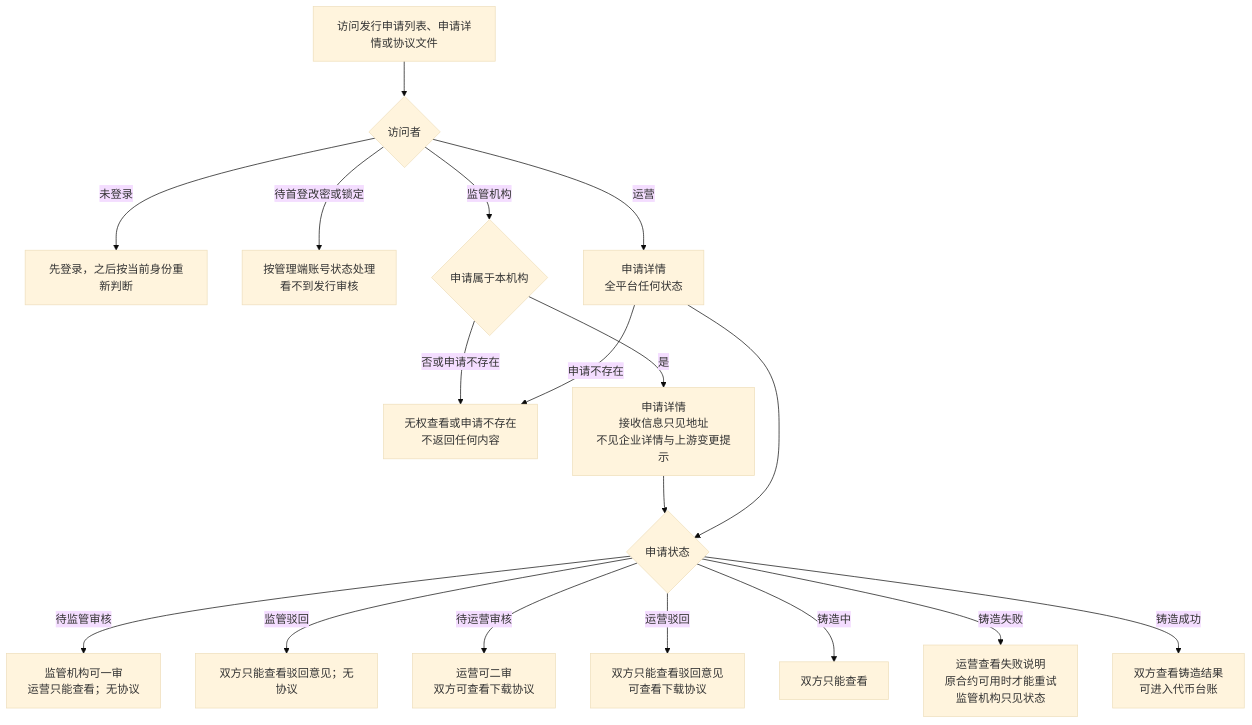
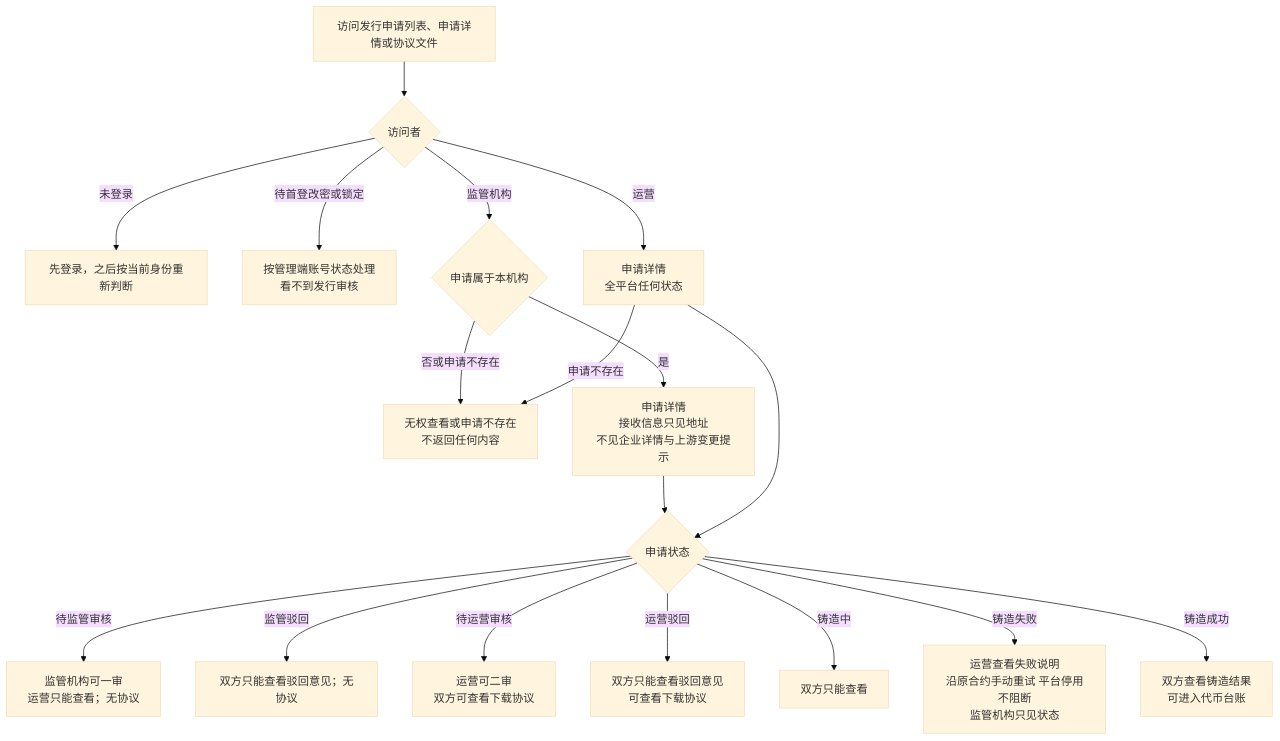
The fourth of 4 diagrams in token-issuance-platform/PRD/v1.0-代币发行-审核与铸造-流程图与状态机.md (wxblockchain/Chain-Financing), drawn with Mermaid (base theme) before and after one commit. The commit also changed other lines of this file and 13 other files, not shown here.

````diff
--- a/token-issuance-platform/PRD/v1.0-代币发行-审核与铸造-流程图与状态机.md
+++ b/token-issuance-platform/PRD/v1.0-代币发行-审核与铸造-流程图与状态机.md
@@ -105,20 +107,20 @@
 ```mermaid
 flowchart TD
     A[访问发行申请列表、申请详情或协议文件] --> B{访问者}
     B -->|未登录| B1[先登录，之后按当前身份重新判断]
     B -->|待首登改密或锁定| B2[按管理端账号状态处理<br/>看不到发行审核]
     B -->|监管机构| C{申请属于本机构}
     C -->|否或申请不存在| N[无权查看或申请不存在<br/>不返回任何内容]
     C -->|是| D[申请详情<br/>接收信息只见地址<br/>不见企业详情与上游变更提示]
     B -->|运营| E[申请详情<br/>全平台任何状态]
     E -->|申请不存在| N
     D --> F{申请状态}
     E --> F
     F -->|待监管审核| F1[监管机构可一审<br/>运营只能查看；无协议]
     F -->|监管驳回| F2[双方只能查看驳回意见；无协议]
     F -->|待运营审核| F3[运营可二审<br/>双方可查看下载协议]
     F -->|运营驳回| F4[双方只能查看驳回意见<br/>可查看下载协议]
     F -->|铸造中| F5[双方只能查看]
-    F -->|铸造失败| F6[运营查看失败说明<br/>原合约可用时才能重试<br/>监管机构只见状态]
+    F -->|铸造失败| F6[运营查看失败说明<br/>沿原合约手动重试 平台停用不阻断<br/>监管机构只见状态]
     F -->|铸造成功| F7[双方查看铸造结果<br/>可进入代币台账]
 ```
````
